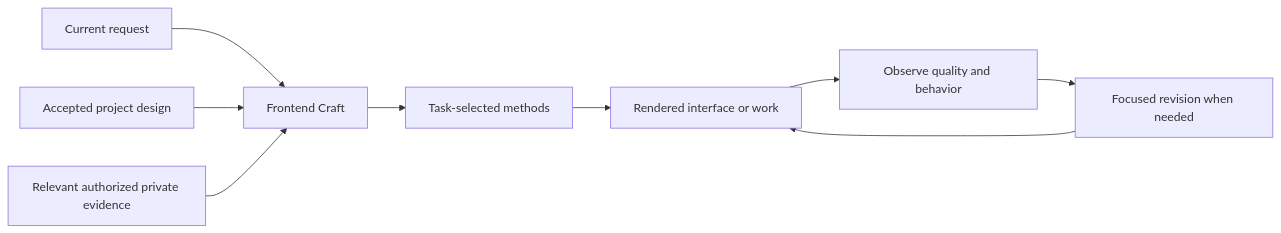
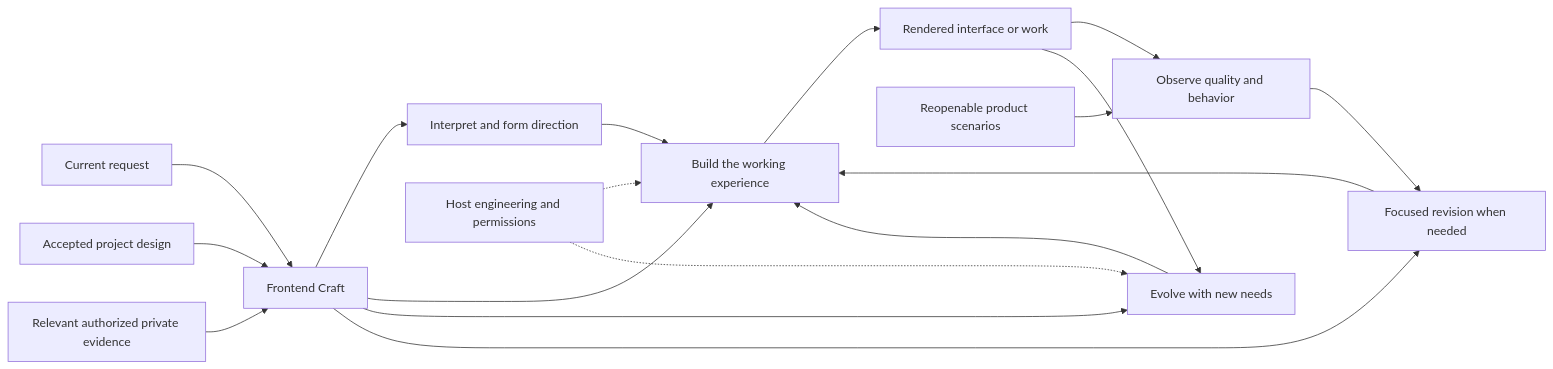
One commit to IndelibleVivi/frontend-craft changed the diagram in README.md. Above: the diagram before and after it, drawn with Mermaid. The commit also changed other lines of this file and 16 other files, not shown here.

````diff
--- a/README.md
+++ b/README.md
@@ -72,11 +90,20 @@
 ```mermaid
 flowchart LR
   Request[Current request] --> FC[Frontend Craft]
   Design[Accepted project design] --> FC
   Private[Relevant authorized private evidence] --> FC
-  FC --> Methods[Task-selected methods]
-  Methods --> Result[Rendered interface or work]
+  FC --> Direction[Interpret and form direction]
+  FC --> Build
+  FC --> Evolve
+  FC --> Revise
+  Direction --> Build[Build the working experience]
+  Build --> Result[Rendered interface or work]
   Result --> Check[Observe quality and behavior]
   Check --> Revise[Focused revision when needed]
-  Revise --> Result
+  Revise --> Build
+  Result --> Evolve[Evolve with new needs]
+  Evolve --> Build
+  Scenarios[Reopenable product scenarios] --> Check
+  Engineering[Host engineering and permissions] -.-> Build
+  Engineering -.-> Evolve
 ```
````
